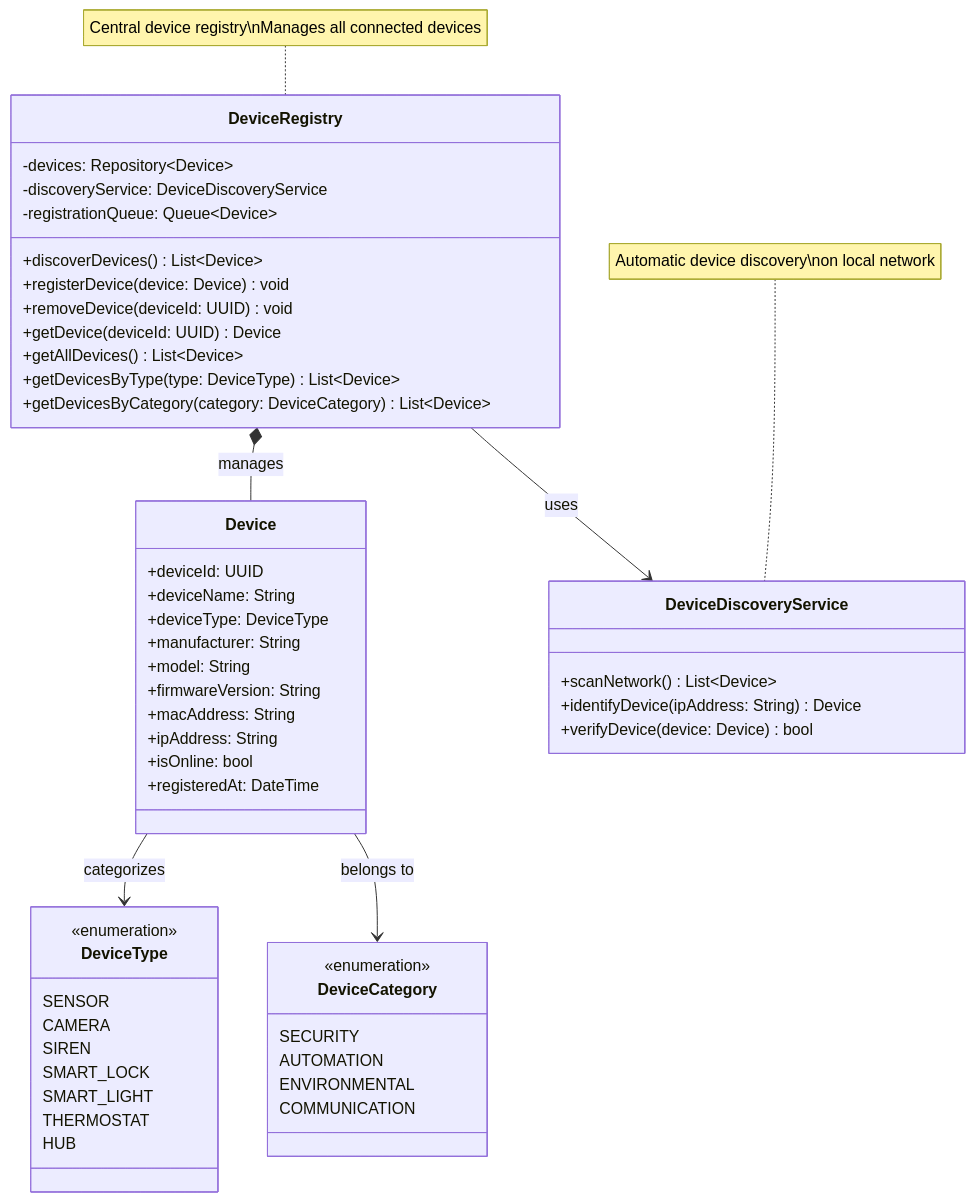
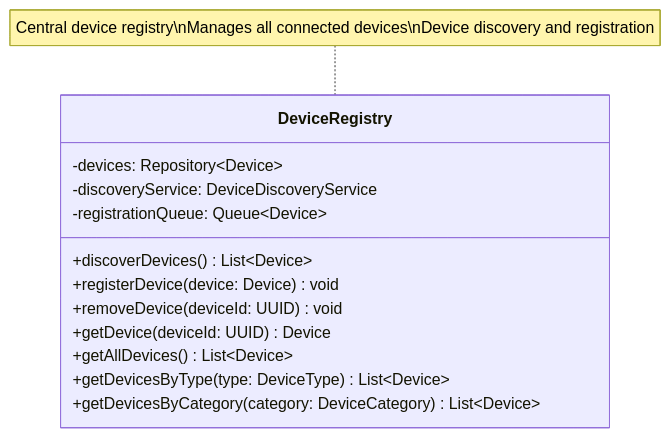
The eighth of 18 diagrams in diagrams/business_class_diagram.md (mj010101/swe_25f), drawn with Mermaid before and after one commit. The commit also changed other lines of this file, not shown here.

Commit message:
fix: business class diagram

````diff
--- a/diagrams/business_class_diagram.md
+++ b/diagrams/business_class_diagram.md
@@ -565,63 +291,19 @@
 ```mermaid
 classDiagram
     direction TB
 
     class DeviceRegistry {
         -devices: Repository~Device~
         -discoveryService: DeviceDiscoveryService
         -registrationQueue: Queue~Device~
         +discoverDevices() List~Device~
         +registerDevice(device: Device) void
         +removeDevice(deviceId: UUID) void
         +getDevice(deviceId: UUID) Device
         +getAllDevices() List~Device~
         +getDevicesByType(type: DeviceType) List~Device~
         +getDevicesByCategory(category: DeviceCategory) List~Device~
     }
 
-    class Device {
-        +deviceId: UUID
-        +deviceName: String
-        +deviceType: DeviceType
-        +manufacturer: String
-        +model: String
-        +firmwareVersion: String
-        +macAddress: String
-        +ipAddress: String
-        +isOnline: bool
-        +registeredAt: DateTime
-    }
-
-    class DeviceDiscoveryService {
-        +scanNetwork() List~Device~
-        +identifyDevice(ipAddress: String) Device
-        +verifyDevice(device: Device) bool
-    }
-
-    class DeviceType {
-        <<enumeration>>
-        SENSOR
-        CAMERA
-        SIREN
-        SMART_LOCK
-        SMART_LIGHT
-        THERMOSTAT
-        HUB
-    }
-
-    class DeviceCategory {
-        <<enumeration>>
-        SECURITY
-        AUTOMATION
-        ENVIRONMENTAL
-        COMMUNICATION
-    }
-
-    DeviceRegistry *-- Device : manages
-    DeviceRegistry --> DeviceDiscoveryService : uses
-    Device --> DeviceType : categorizes
-    Device --> DeviceCategory : belongs to
-
-    note for DeviceRegistry "Central device registry\nManages all connected devices"
-    note for DeviceDiscoveryService "Automatic device discovery\non local network"
+    note for DeviceRegistry "Central device registry\nManages all connected devices\nDevice discovery and registration"
 ```
````
